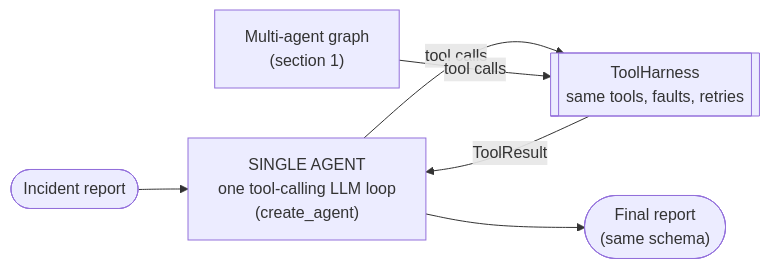
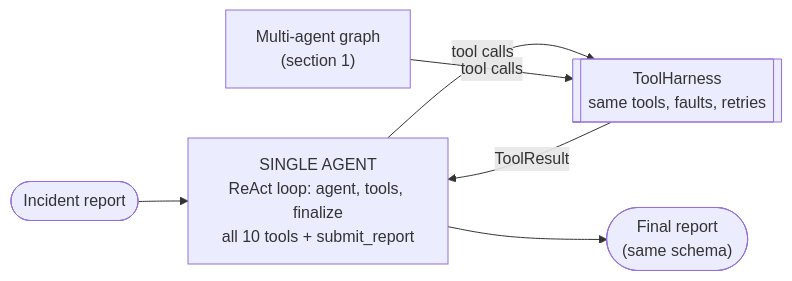
Before and after one commit to DaX-523/incident-investigation-agent: the fourth of 5 diagrams in artifacts/architecture.md, drawn with Mermaid. The commit also changed other lines of this file and 8 other files, not shown here.

First line of the commit message:
Add single-agent baseline with the same tools, budgets, metering and report schema

````diff
--- a/artifacts/architecture.md
+++ b/artifacts/architecture.md
@@ -114,9 +114,9 @@
 ```mermaid
 flowchart LR
-    IN(["Incident report"]) --> SA["SINGLE AGENT<br/>one tool-calling LLM loop<br/>(create_agent)"]
+    IN(["Incident report"]) --> SA["SINGLE AGENT<br/>ReAct loop: agent, tools, finalize<br/>all 10 tools + submit_report"]
     SA -- "tool calls" --> H[["ToolHarness<br/>same tools, faults, retries"]]
     H -- "ToolResult" --> SA
     SA --> OUT(["Final report<br/>(same schema)"])
 
     MA["Multi-agent graph<br/>(section 1)"] -- "tool calls" --> H
 ```
````
